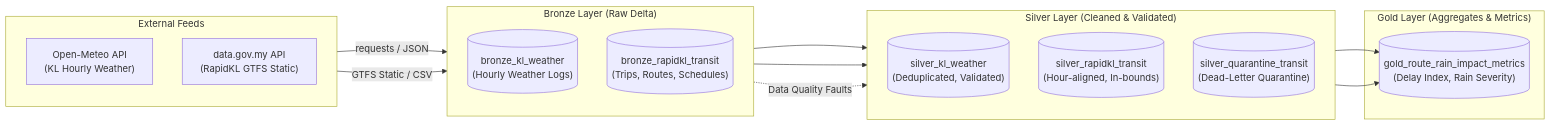
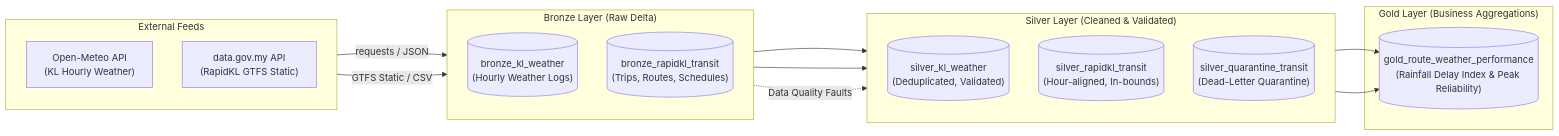
One commit to ReapZaysh/klang-valley-transit-weather-pipeline changed the diagram in README.md. Above: the diagram before and after it, drawn with Mermaid. The commit also changed other lines of this file and 5 other files, not shown here.

Commit message:
feat(gold): implement Gold Layer business aggregations, Rainfall Delay Index, and peak reliability

````diff
--- a/README.md
+++ b/README.md
@@ -14,33 +14,33 @@
 ```mermaid
 flowchart LR
     subgraph Raw_Sources["External Feeds"]
         direction TB
         W["Open-Meteo API<br/>(KL Hourly Weather)"]
         T["data.gov.my API<br/>(RapidKL GTFS Static)"]
     end
 
     subgraph Bronze["Bronze Layer (Raw Delta)"]
         direction TB
         BW[("bronze_kl_weather<br/>(Hourly Weather Logs)")]
         BT[("bronze_rapidkl_transit<br/>(Trips, Routes, Schedules)")]
     end
 
     subgraph Silver["Silver Layer (Cleaned & Validated)"]
         direction TB
         SW[("silver_kl_weather<br/>(Deduplicated, Validated)")]
         ST[("silver_rapidkl_transit<br/>(Hour-aligned, In-bounds)")]
         SQ[("silver_quarantine_transit<br/>(Dead-Letter Quarantine)")]
     end
 
-    subgraph Gold["Gold Layer (Aggregates & Metrics)"]
-        G[("gold_route_rain_impact_metrics<br/>(Delay Index, Rain Severity)")]
+    subgraph Gold["Gold Layer (Business Aggregations)"]
+        G[("gold_route_weather_performance<br/>(Rainfall Delay Index & Peak Reliability)")]
     end
 
     W -->|requests / JSON| BW
     T -->|GTFS Static / CSV| BT
     BW --> SW
     BT --> ST
     BT -.->|Data Quality Faults| SQ
     SW --> G
     ST --> G
 ```
````
